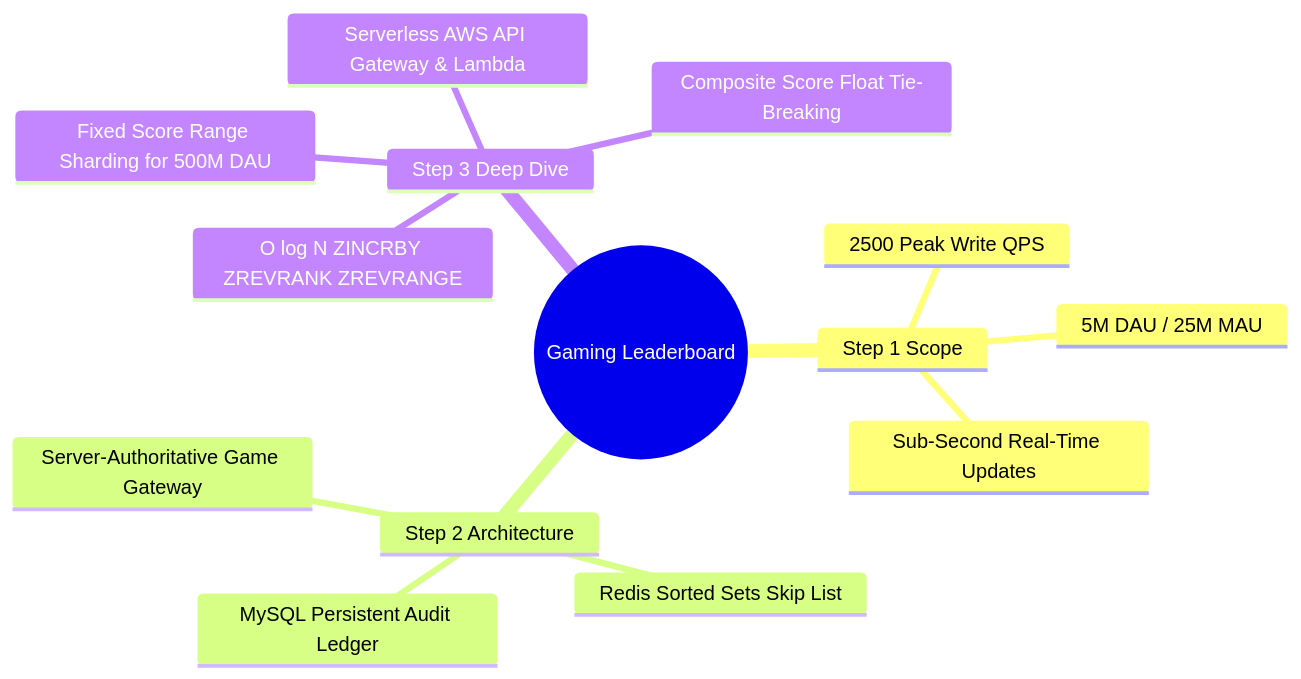
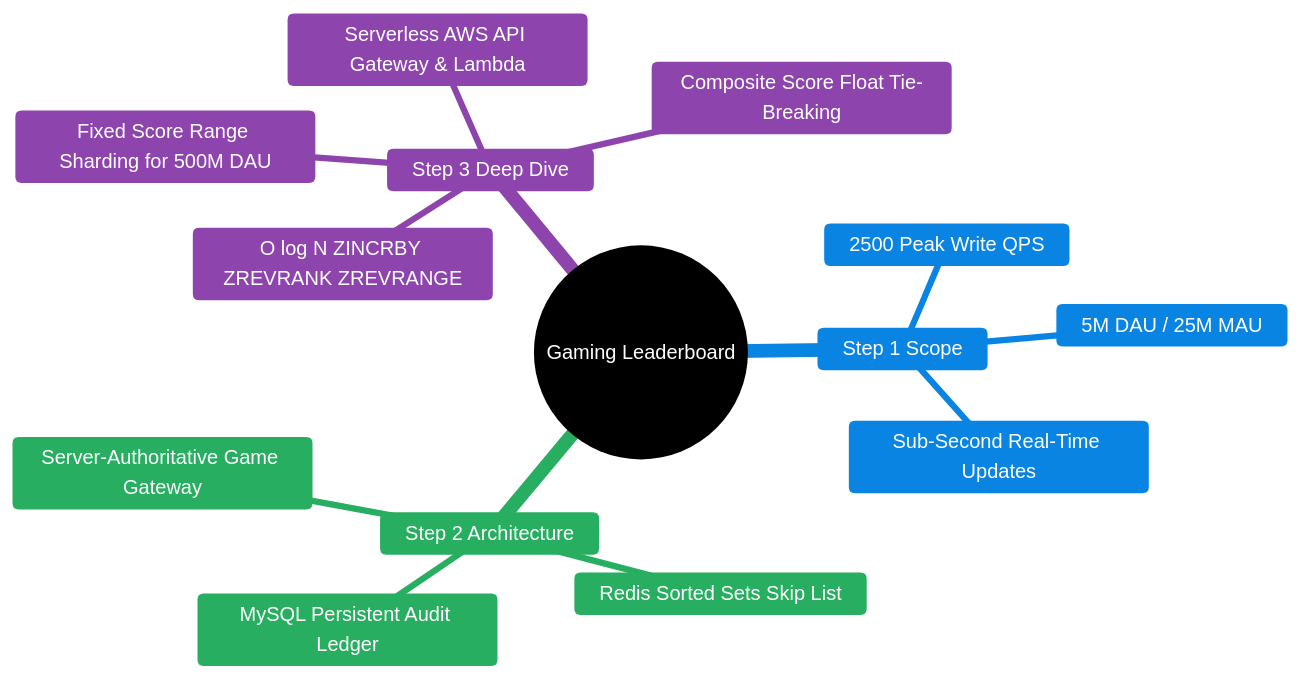
Before and after one commit to gurkanindibay/azure_learning: the ninth of 9 diagrams in system-design-cases/bytebytego/26-real-time-gaming-leaderboard.md, drawn with Mermaid.

Commit message:
feat: add custom theming to the gaming leaderboard summary mindmap

````diff
--- a/system-design-cases/bytebytego/26-real-time-gaming-leaderboard.md
+++ b/system-design-cases/bytebytego/26-real-time-gaming-leaderboard.md
@@ -356,17 +356,47 @@
 ```mermaid
+%%{init: {
+  'theme': 'base',
+  'themeVariables': {
+    'primaryColor': '#2d3436',
+    'primaryTextColor': '#ffffff',
+    'primaryBorderColor': '#1e272e',
+    'lineColor': '#576574',
+    'cScale0': '#2d3436',
+    'cScaleLabel0': '#ffffff',
+    'cScale1': '#0984e3',
+    'cScaleLabel1': '#ffffff',
+    'cScale2': '#27ae60',
+    'cScaleLabel2': '#ffffff',
+    'cScale3': '#8e44ad',
+    'cScaleLabel3': '#ffffff',
+    'cScale4': '#d35400',
+    'cScaleLabel4': '#ffffff',
+    'cScale5': '#c0392b',
+    'cScaleLabel5': '#ffffff',
+    'cScaleBorder0': '#1e272e',
+    'cScaleBorder1': '#0652dd',
+    'cScaleBorder2': '#218c74',
+    'cScaleBorder3': '#6c5ce7',
+    'mindmapRootColor': '#2d3436',
+    'mindmapMainColor': '#0984e3',
+    'mindmapSecondaryColor': '#27ae60',
+    'mindmapTextColor': '#ffffff',
+    'mindmapLineColor': '#576574'
+  }
+}}%%
 mindmap
   root((Gaming Leaderboard))
     Step 1 Scope
       5M DAU / 25M MAU
       2500 Peak Write QPS
       Sub-Second Real-Time Updates
     Step 2 Architecture
       Server-Authoritative Game Gateway
       Redis Sorted Sets Skip List
       MySQL Persistent Audit Ledger
     Step 3 Deep Dive
       O log N ZINCRBY ZREVRANK ZREVRANGE
       Fixed Score Range Sharding for 500M DAU
       Serverless AWS API Gateway & Lambda
       Composite Score Float Tie-Breaking
 ```
````
